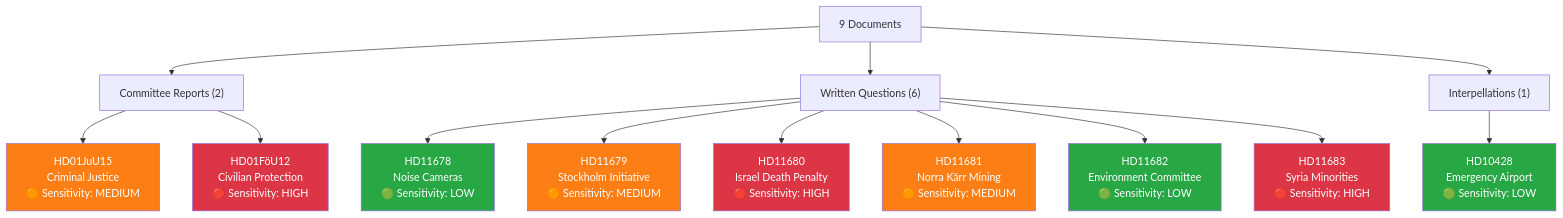
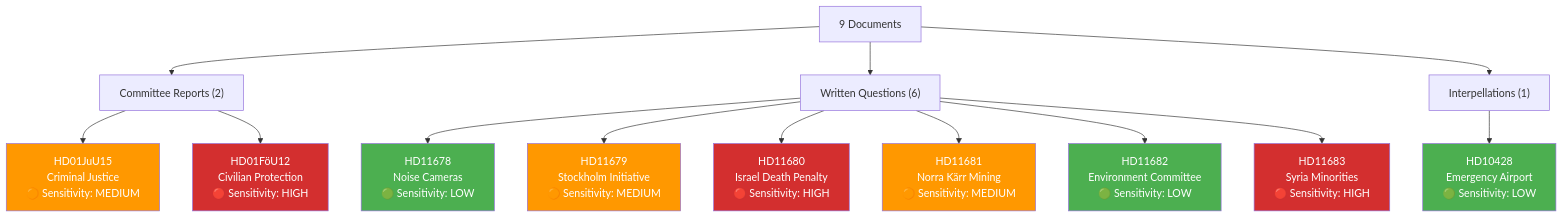
Before and after one commit to Hack23/riksdagsmonitor: the diagram in analysis/daily/2026-04-02/classification-results.md, drawn with Mermaid. The commit also changed 785 other files, not shown here.

First line of the commit message:
Normalize mermaid colors across 786 analysis artifacts to ISMS Style Guide palette

````diff
--- a/analysis/daily/2026-04-02/classification-results.md
+++ b/analysis/daily/2026-04-02/classification-results.md
@@ -13,28 +13,28 @@
 ```mermaid
 graph TD
     START["9 Documents"] --> BET["Committee Reports (2)"]
     START --> FRG["Written Questions (6)"]
     START --> IPL["Interpellations (1)"]
 
     BET --> B1["HD01JuU15<br/>Criminal Justice<br/>🟠 Sensitivity: MEDIUM"]
     BET --> B2["HD01FöU12<br/>Civilian Protection<br/>🔴 Sensitivity: HIGH"]
 
     FRG --> F1["HD11678<br/>Noise Cameras<br/>🟢 Sensitivity: LOW"]
     FRG --> F2["HD11679<br/>Stockholm Initiative<br/>🟠 Sensitivity: MEDIUM"]
     FRG --> F3["HD11680<br/>Israel Death Penalty<br/>🔴 Sensitivity: HIGH"]
     FRG --> F4["HD11681<br/>Norra Kärr Mining<br/>🟠 Sensitivity: MEDIUM"]
     FRG --> F5["HD11682<br/>Environment Committee<br/>🟢 Sensitivity: LOW"]
     FRG --> F6["HD11683<br/>Syria Minorities<br/>🔴 Sensitivity: HIGH"]
 
     IPL --> I1["HD10428<br/>Emergency Airport<br/>🟢 Sensitivity: LOW"]
 
-    style B2 fill:#dc3545,color:#fff
-    style F3 fill:#dc3545,color:#fff
-    style F6 fill:#dc3545,color:#fff
-    style B1 fill:#fd7e14,color:#fff
-    style F2 fill:#fd7e14,color:#fff
-    style F4 fill:#fd7e14,color:#fff
-    style F1 fill:#28a745,color:#fff
-    style F5 fill:#28a745,color:#fff
-    style I1 fill:#28a745,color:#fff
+    style B2 fill:#D32F2F,color:#FFFFFF
+    style F3 fill:#D32F2F,color:#FFFFFF
+    style F6 fill:#D32F2F,color:#FFFFFF
+    style B1 fill:#FF9800,color:#FFFFFF
+    style F2 fill:#FF9800,color:#FFFFFF
+    style F4 fill:#FF9800,color:#FFFFFF
+    style F1 fill:#4CAF50,color:#FFFFFF
+    style F5 fill:#4CAF50,color:#FFFFFF
+    style I1 fill:#4CAF50,color:#FFFFFF
 ```
````
